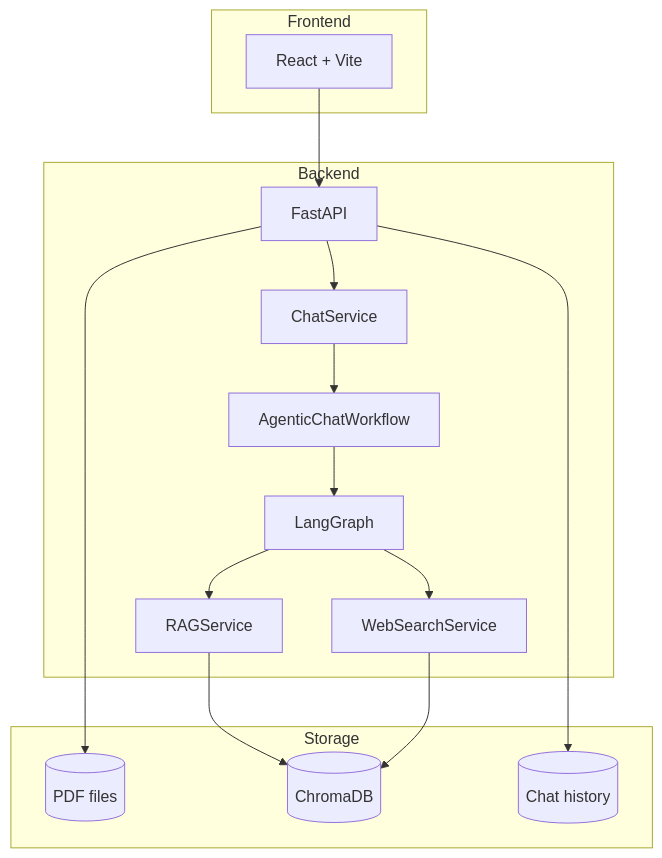
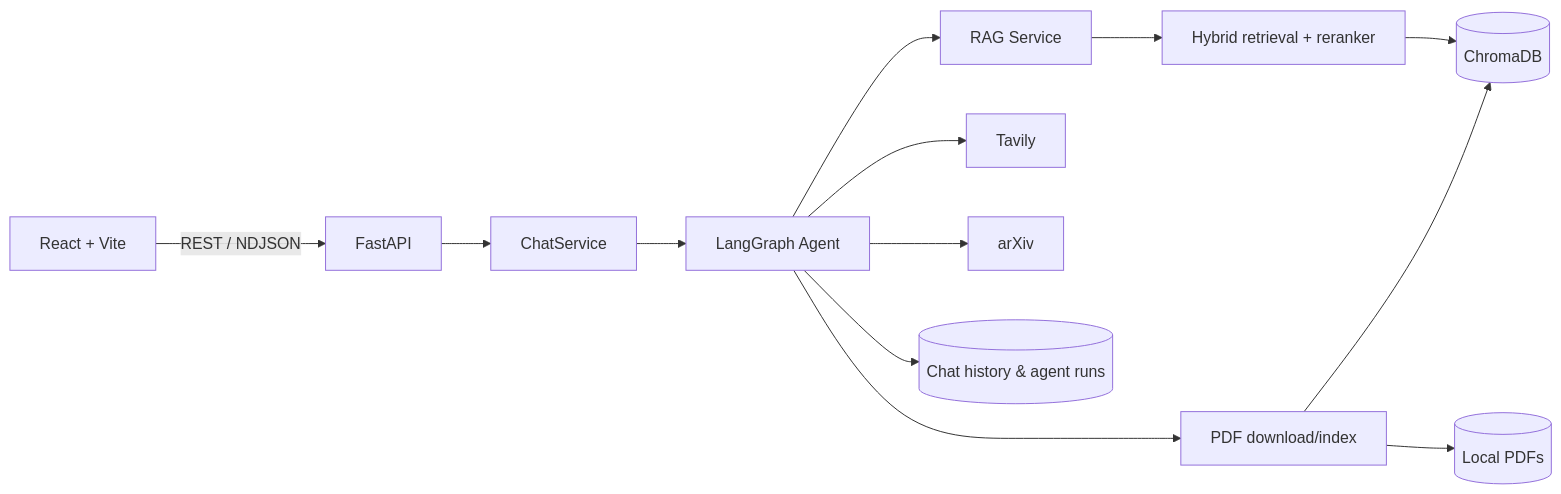
Before and after one commit to 8thMay03/Academic-Agentic-RAG: the first of 2 diagrams in README.md, drawn with Mermaid. The commit also changed other lines of this file, not shown here.

````diff
--- a/README.md
+++ b/README.md
@@ -15,32 +22,17 @@
 ```mermaid
-flowchart TB
-    subgraph Frontend
-        UI[React + Vite]
-    end
+flowchart LR
+    UI[React + Vite] -->|REST / NDJSON| API[FastAPI]
+    API --> CHAT[ChatService]
+    CHAT --> GRAPH[LangGraph Agent]
 
-    subgraph Backend
-        API[FastAPI]
-        Chat[ChatService]
-        Workflow[AgenticChatWorkflow]
-        Graph[LangGraph]
-        RAG[RAGService]
-        Web[WebSearchService]
-    end
+    GRAPH --> RAG[RAG Service]
+    GRAPH --> WEB[Tavily]
+    GRAPH --> ARXIV[arXiv]
+    GRAPH --> PDF[PDF download/index]
 
-    subgraph Storage
-        PDFs[(PDF files)]
-        Chroma[(ChromaDB)]
-        History[(Chat history)]
-    end
-
-    UI --> API
-    API --> Chat
-    Chat --> Workflow
-    Workflow --> Graph
-    Graph --> RAG
-    Graph --> Web
-    RAG --> Chroma
-    API --> PDFs
-    API --> History
-    Web --> Chroma
+    RAG --> RETRIEVER[Hybrid retrieval + reranker]
+    RETRIEVER --> CHROMA[(ChromaDB)]
+    PDF --> FILES[(Local PDFs)]
+    PDF --> CHROMA
+    GRAPH --> HISTORY[(Chat history & agent runs)]
 ```
````
